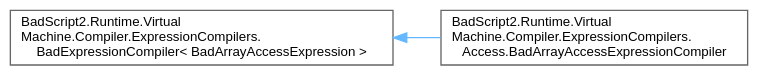
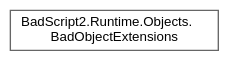
One commit to ByteChkR/BadScript2 changed the diagram in docs/reference/inherit_graph_66.dot. Above: the diagram before and after it, drawn with Graphviz. The commit also changed 1399 other files, not shown here.

```diff
--- a/docs/reference/inherit_graph_66.dot
+++ b/docs/reference/inherit_graph_66.dot
@@ -1,11 +1,9 @@
 digraph "Graphical Class Hierarchy"
 {
  // LATEX_PDF_SIZE
   bgcolor="transparent";
   edge [fontname=Helvetica,fontsize=10,labelfontname=Helvetica,labelfontsize=10];
   node [fontname=Helvetica,fontsize=10,shape=box,height=0.2,width=0.4];
   rankdir="LR";
-  Node0 [id="Node000000",label="BadScript2.Runtime.Virtual\lMachine.Compiler.ExpressionCompilers.\lBadExpressionCompiler\< BadArrayAccessExpression \>",height=0.2,width=0.4,color="grey40", fillcolor="white", style="filled",URL="$class_bad_script2_1_1_runtime_1_1_virtual_machine_1_1_compiler_1_1_expression_compilers_1_1_bad_expression_compiler.html",tooltip=" "];
-  Node0 -> Node1 [id="edge213_Node000000_Node000001",dir="back",color="steelblue1",style="solid",tooltip=" "];
-  Node1 [id="Node000001",label="BadScript2.Runtime.Virtual\lMachine.Compiler.ExpressionCompilers.\lAccess.BadArrayAccessExpressionCompiler",height=0.2,width=0.4,color="grey40", fillcolor="white", style="filled",URL="$class_bad_script2_1_1_runtime_1_1_virtual_machine_1_1_compiler_1_1_expression_compilers_1_1_acce337d215ea1f08b9adcfc781faaadd67f.html",tooltip=" "];
+  Node0 [id="Node000000",label="BadScript2.Runtime.Objects.\lBadObjectExtensions",height=0.2,width=0.4,color="grey40", fillcolor="white", style="filled",URL="$class_bad_script2_1_1_runtime_1_1_objects_1_1_bad_object_extensions.html",tooltip="Object Extensions for the BadScript Runtime."];
 }
```
